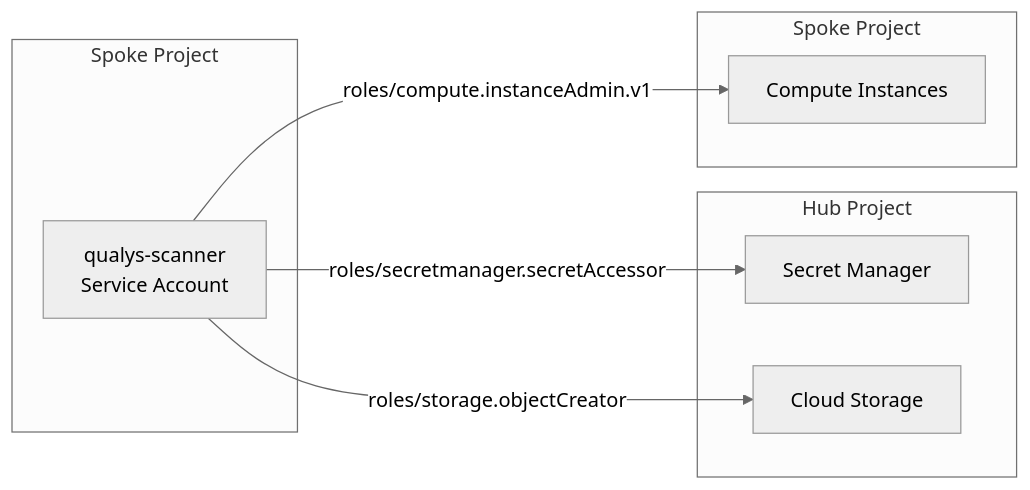
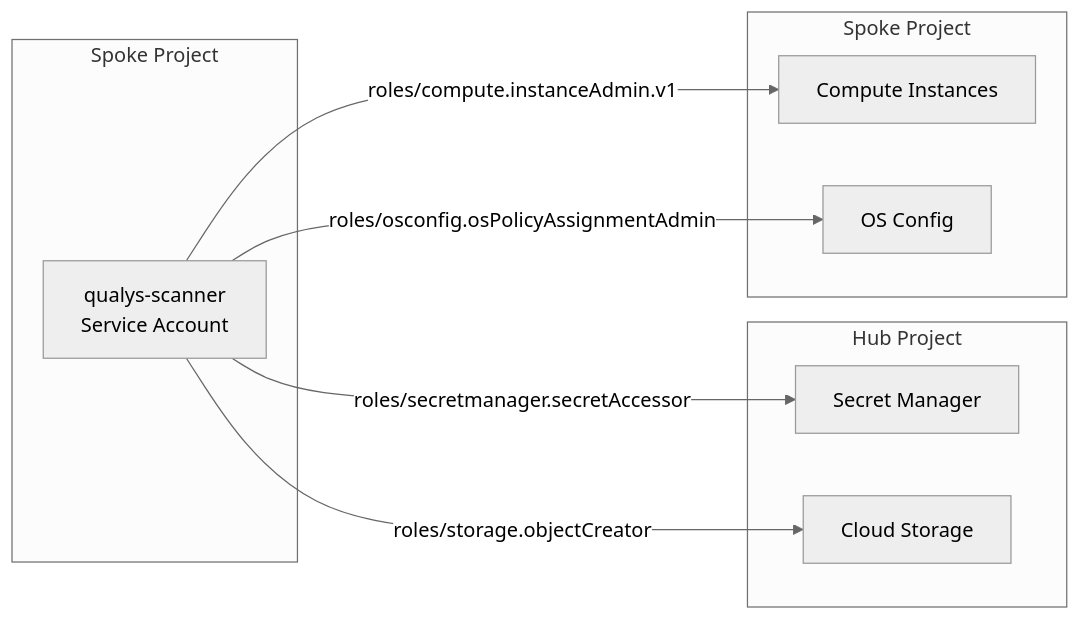
Before and after one commit to nelssec/qualys-ssm: diagram 15 of 16 in docs/technical-blog.md, drawn with Mermaid (neutral theme). The commit also changed other lines of this file and 1 other file, not shown here.

Commit message:
Add OS Config agent support for GCP VM scanning

````diff
--- a/docs/technical-blog.md
+++ b/docs/technical-blog.md
@@ -532,19 +541,21 @@
 ```mermaid
 flowchart LR
     subgraph Spoke["Spoke Project"]
         SA["qualys-scanner<br/>Service Account"]
     end
 
     subgraph Hub["Hub Project"]
         SM["Secret Manager"]
         GCS["Cloud Storage"]
     end
 
     subgraph Spoke2["Spoke Project"]
         GCE["Compute Instances"]
+        OSC["OS Config"]
     end
 
     SA -->|"roles/secretmanager.secretAccessor"| SM
     SA -->|"roles/storage.objectCreator"| GCS
     SA -->|"roles/compute.instanceAdmin.v1"| GCE
+    SA -->|"roles/osconfig.osPolicyAssignmentAdmin"| OSC
 ```
````
